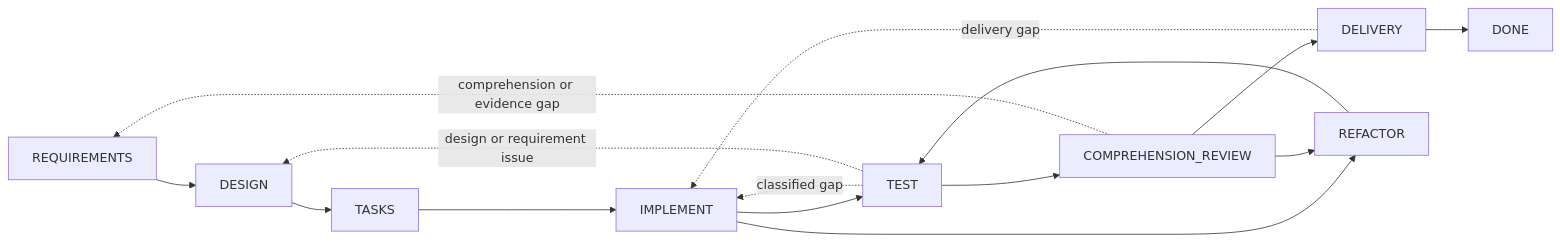
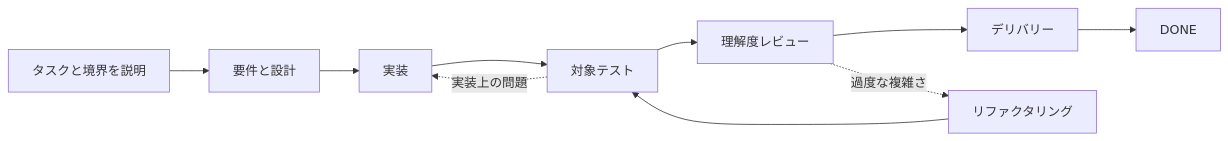
One commit to Innocent-children/dev-flow changed the diagram in README_ja.md. Above: the diagram before and after it, drawn with Mermaid. The commit also changed other lines of this file and 19 other files, not shown here.

````diff
--- a/README_ja.md
+++ b/README_ja.md
@@ -209,17 +43,12 @@
 ```mermaid
 flowchart LR
-    R[REQUIREMENTS] --> D[DESIGN]
-    D --> T[TASKS]
-    T --> I[IMPLEMENT]
-    I --> V[TEST]
-    V --> C[COMPREHENSION_REVIEW]
-    C --> L[DELIVERY]
-    L --> O[DONE]
-    I --> F[REFACTOR]
-    C --> F
-    F --> V
-    V -. classified gap .-> I
-    V -. design or requirement issue .-> D
-    C -. comprehension or evidence gap .-> R
-    L -. delivery gap .-> I
+    A["タスクと境界を説明"] --> B["要件と設計"]
+    B --> C["実装"]
+    C --> D["対象テスト"]
+    D --> E["理解度レビュー"]
+    E --> F["デリバリー"]
+    F --> G["DONE"]
+    D -. 実装上の問題 .-> C
+    E -. 過度な複雑さ .-> H["リファクタリング"]
+    H --> D
 ```
````
